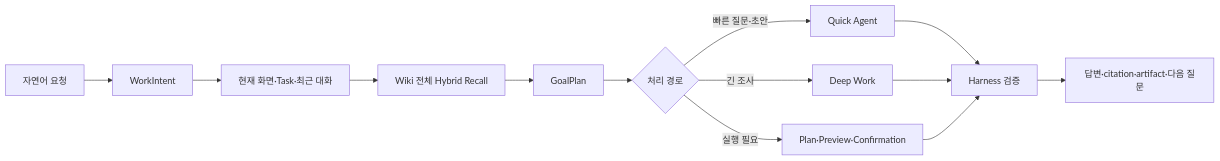
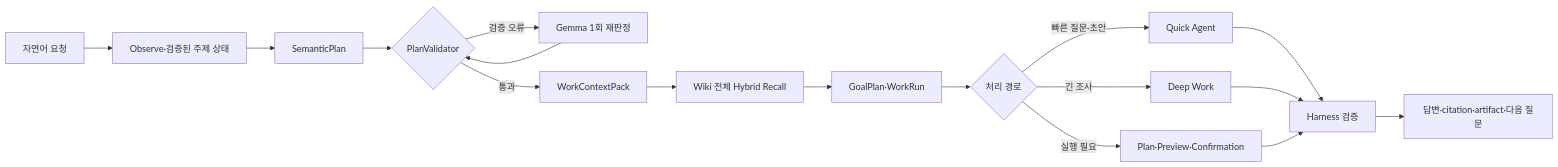
One commit to chokukil/boi-wiki changed the third of 3 diagrams in data/boi/public/boi-wiki-manual/agent/using-boi-agent.md. Above: the diagram before and after it, drawn with Mermaid. The commit also changed other lines of this file and 7 other files, not shown here.

````diff
--- a/data/boi/public/boi-wiki-manual/agent/using-boi-agent.md
+++ b/data/boi/public/boi-wiki-manual/agent/using-boi-agent.md
@@ -166,15 +200,19 @@
 ```mermaid
 flowchart LR
-  Q["자연어 요청"] --> I["WorkIntent"]
-  I --> C["현재 화면·Task·최근 대화"]
+  Q["자연어 요청"] --> O["Observe·검증된 주제 상태"]
+  O --> S["SemanticPlan"]
+  S --> V{"PlanValidator"}
+  V -->|검증 오류| REPAIR["Gemma 1회 재판정"]
+  REPAIR --> V
+  V -->|통과| C["WorkContextPack"]
   C --> R["Wiki 전체 Hybrid Recall"]
-  R --> P["GoalPlan"]
+  R --> P["GoalPlan·WorkRun"]
   P --> A{"처리 경로"}
   A -->|빠른 질문·초안| QUICK["Quick Agent"]
   A -->|긴 조사| DEEP["Deep Work"]
   A -->|실행 필요| GUARD["Plan·Preview·Confirmation"]
   QUICK --> H["Harness 검증"]
   DEEP --> H
   GUARD --> H
   H --> OUT["답변·citation·artifact·다음 질문"]
 ```
````
